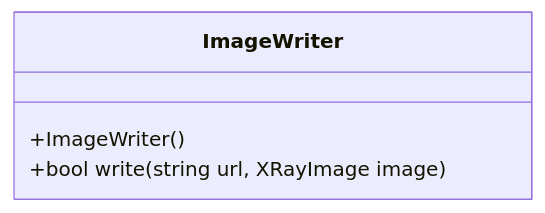
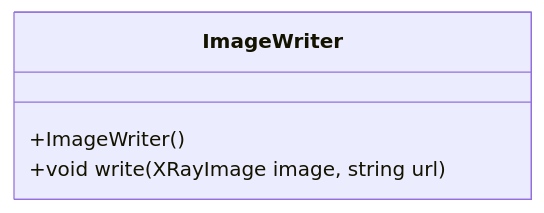
One commit to fluentux/x-ray-image-enhancer changed the fifth of 5 diagrams in doc/architecture.md. Above: the diagram before and after it, drawn with Mermaid. The commit also changed other lines of this file and 23 other files, not shown here.

````diff
--- a/doc/architecture.md
+++ b/doc/architecture.md
@@ -60,7 +73,7 @@
 ```mermaid
 classDiagram
   class ImageWriter {
     +ImageWriter()
-    +bool write(string url, XRayImage image)
+    +void write(XRayImage image, string url)
   }
 ```
````
